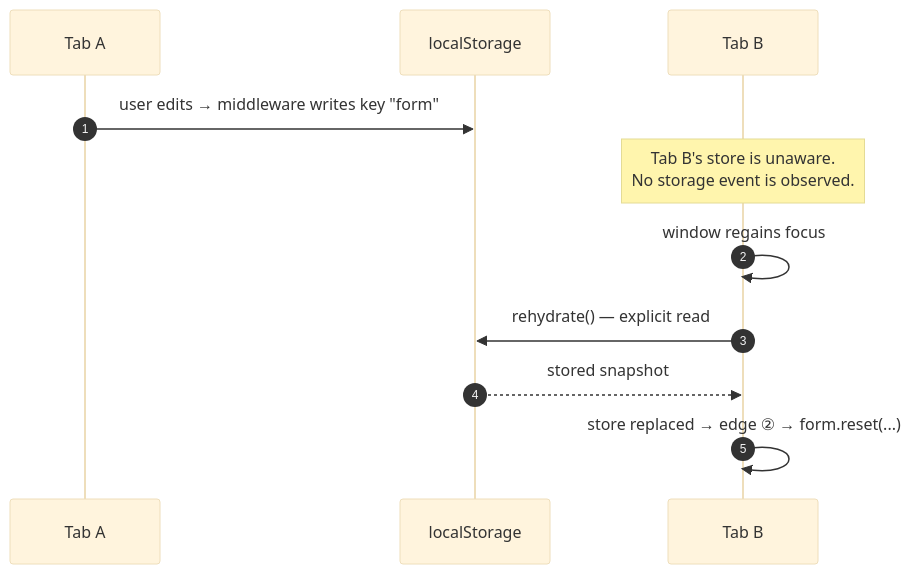
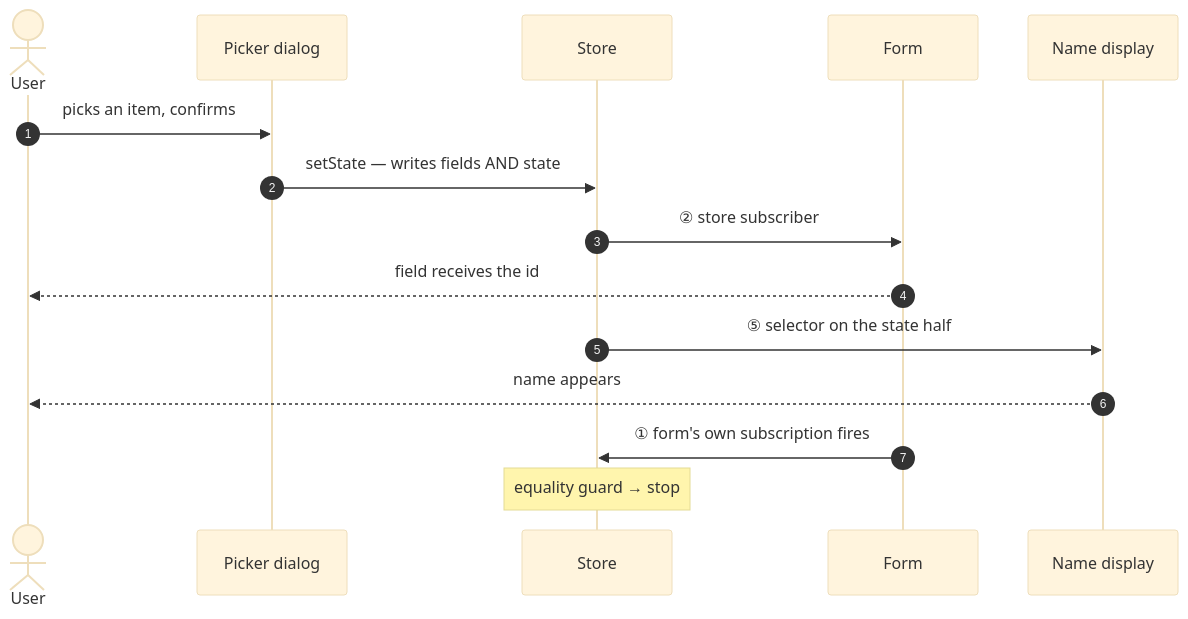
One commit to jadecubes/multi-party-state-sync changed the third of 6 diagrams in README.md. Above: the diagram before and after it, drawn with Mermaid (base theme). The commit also changed other lines of this file, not shown here.

````diff
--- a/README.md
+++ b/README.md
@@ -132,14 +86,18 @@
 ```mermaid
 sequenceDiagram
     autonumber
-    participant TA as Tab A
-    participant LS as localStorage
-    participant TB as Tab B
+    actor U as User
+    participant D as Picker dialog
+    participant S as Store
+    participant F as Form
+    participant N as Name display
 
-    TA->>LS: user edits → middleware writes key "form"
-    Note over TB: Tab B's store is unaware.<br/>No storage event is observed.
-    TB->>TB: window regains focus
-    TB->>LS: rehydrate() — explicit read
-    LS-->>TB: stored snapshot
-    TB->>TB: store replaced → edge ② → form.reset(...)
+    U->>D: picks an item, confirms
+    D->>S: setState — writes fields AND state
+    S->>F: ② store subscriber
+    F-->>U: field receives the id
+    S->>N: ⑤ selector on the state half
+    N-->>U: name appears
+    F->>S: ① form's own subscription fires
+    Note over S: equality guard → stop
 ```
````
